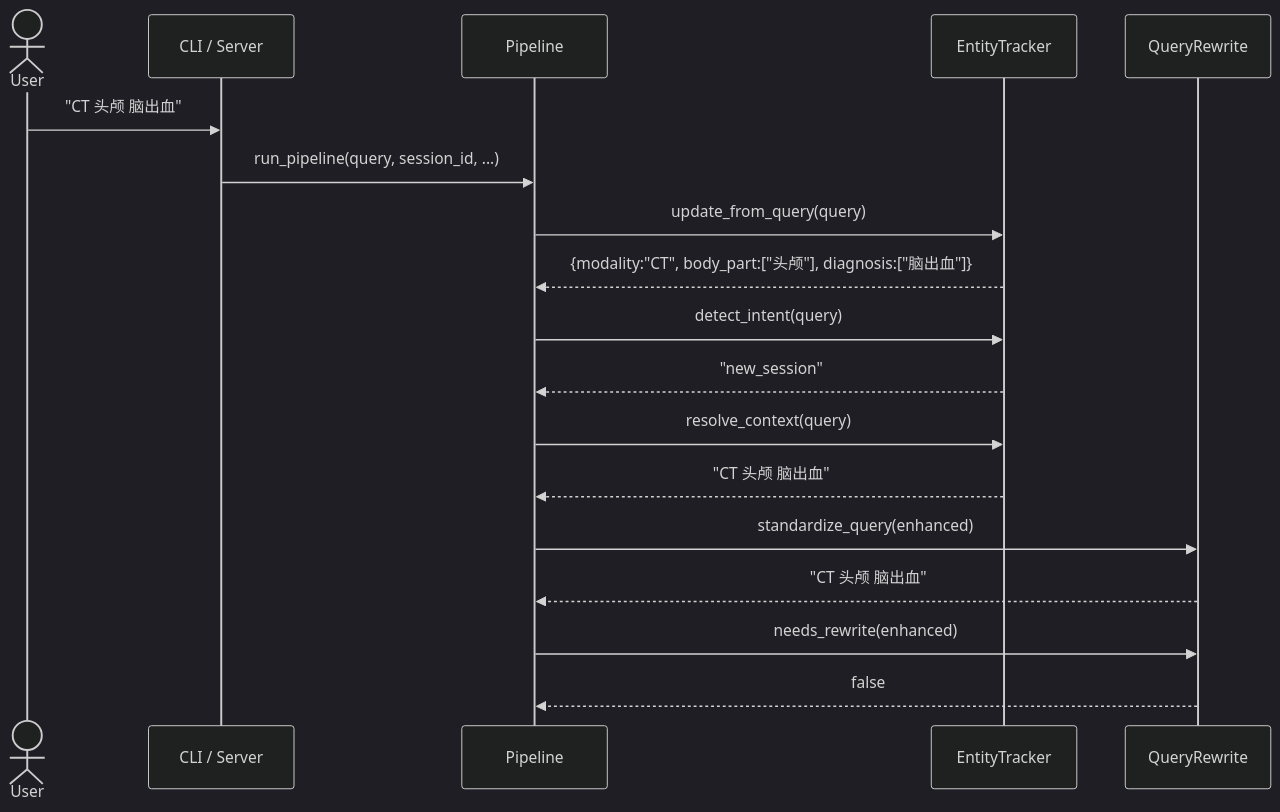
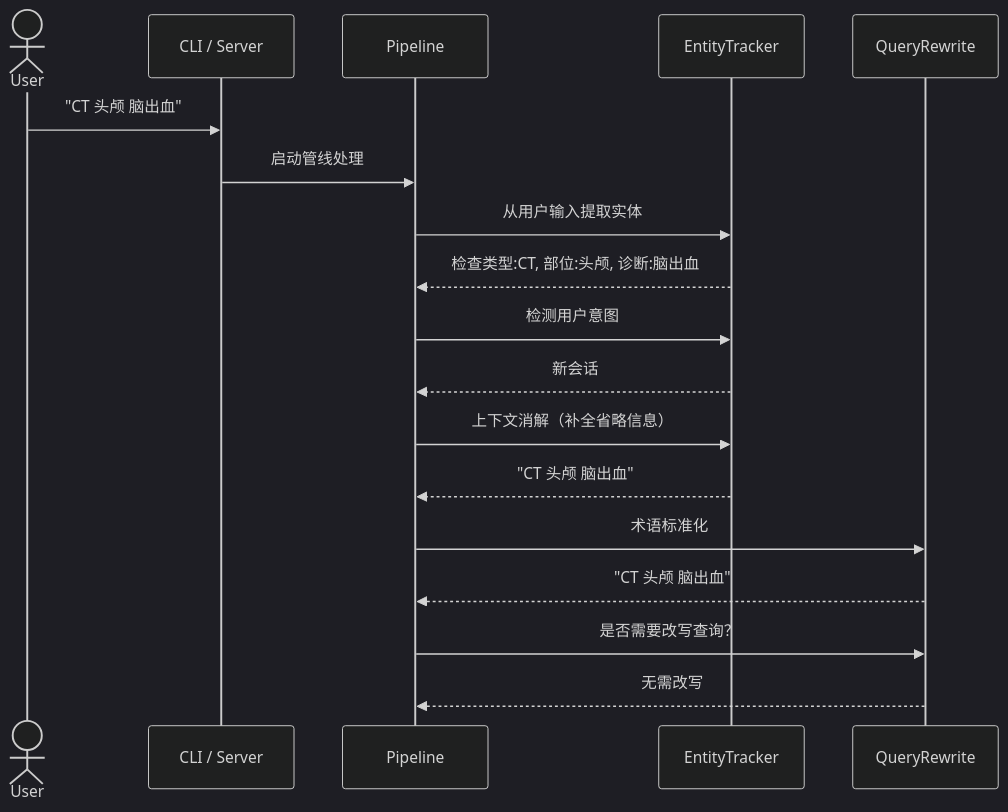
The diagram in docs/uml/01_phase1_input.md (cw12309/report-generation), drawn with Mermaid (dark theme) before and after one commit. The commit also changed 9 other files, not shown here.

````diff
--- a/docs/uml/01_phase1_input.md
+++ b/docs/uml/01_phase1_input.md
@@ -3,26 +3,26 @@
 ```mermaid
 sequenceDiagram
     actor User
     participant CLI as CLI / Server
     participant Pipe as Pipeline
     participant ET as EntityTracker
     participant QR as QueryRewrite
 
     User->>CLI: "CT 头颅 脑出血"
-    CLI->>Pipe: run_pipeline(query, session_id, ...)
+    CLI->>Pipe: 启动管线处理
 
-    Pipe->>ET: update_from_query(query)
-    ET-->>Pipe: {modality:"CT", body_part:["头颅"], diagnosis:["脑出血"]}
+    Pipe->>ET: 从用户输入提取实体
+    ET-->>Pipe: 检查类型:CT, 部位:头颅, 诊断:脑出血
 
-    Pipe->>ET: detect_intent(query)
-    ET-->>Pipe: "new_session"
+    Pipe->>ET: 检测用户意图
+    ET-->>Pipe: 新会话
 
-    Pipe->>ET: resolve_context(query)
+    Pipe->>ET: 上下文消解（补全省略信息）
     ET-->>Pipe: "CT 头颅 脑出血"
 
-    Pipe->>QR: standardize_query(enhanced)
+    Pipe->>QR: 术语标准化
     QR-->>Pipe: "CT 头颅 脑出血"
 
-    Pipe->>QR: needs_rewrite(enhanced)
-    QR-->>Pipe: false
+    Pipe->>QR: 是否需要改写查询？
+    QR-->>Pipe: 无需改写
 ```
````
